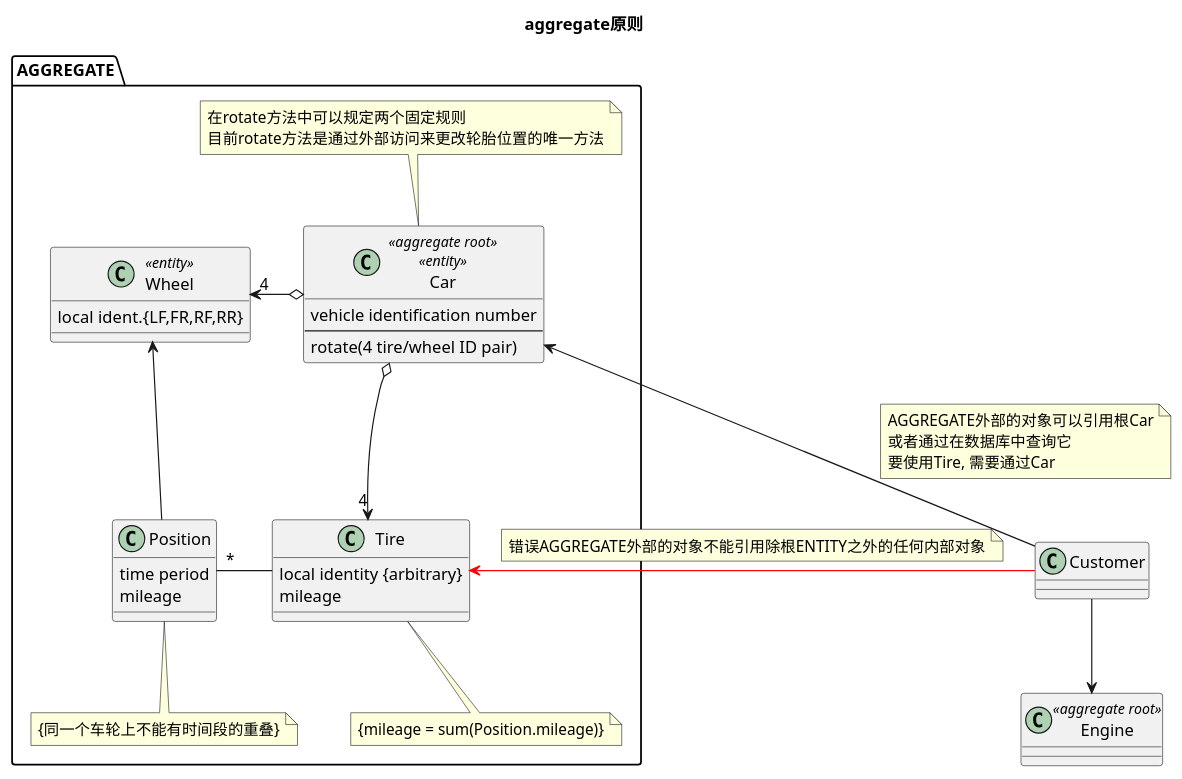
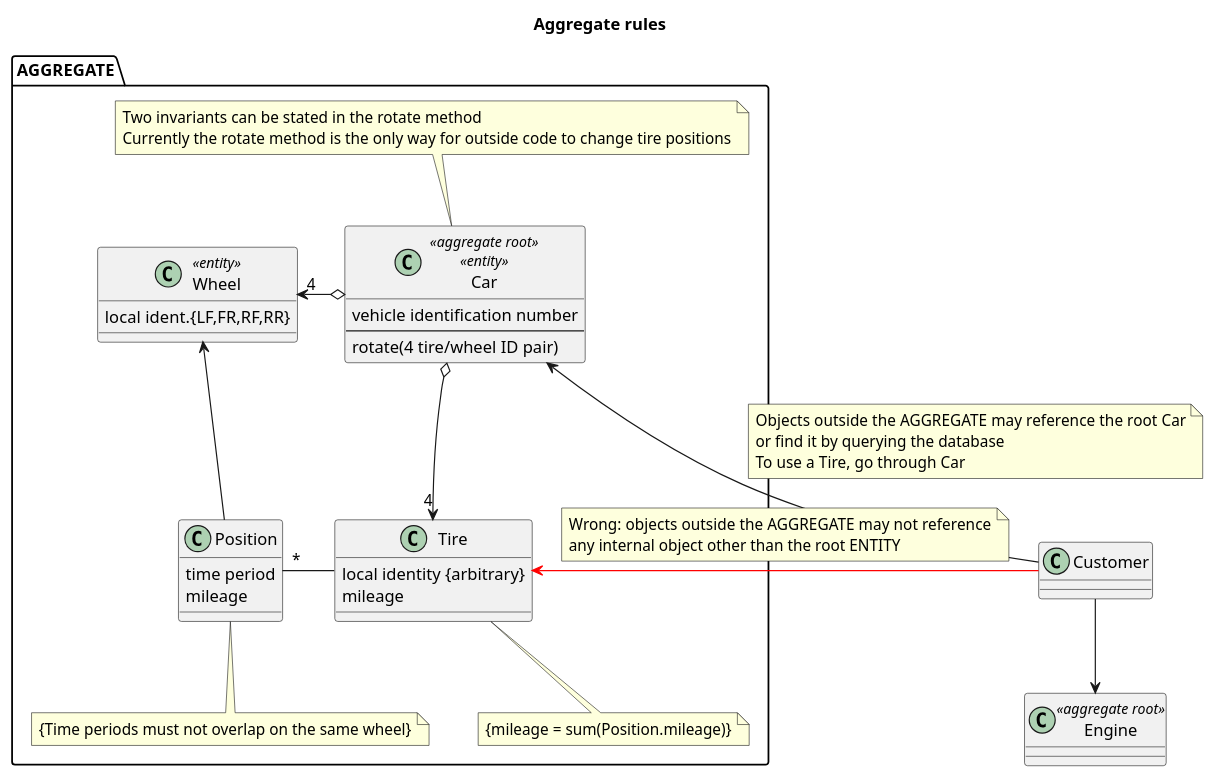
One commit to lindezhong/nvim-config changed the fourth of 19 diagrams in snippets/ddd.md. Above: the diagram before and after it, drawn with PlantUML. The commit also changed other lines of this file and 17 other files, not shown here.

````diff
--- a/snippets/ddd.md
+++ b/snippets/ddd.md
@@ -261,57 +365,58 @@
 ```plantuml
 @startuml
 allowmixing
-title aggregate原则
+title Aggregate rules
 
 package AGGREGATE {
     class Car <<aggregate root>> <<entity>> {
         vehicle identification number
         ----
         rotate(4 tire/wheel ID pair)
     }
     note top of Car
-    在rotate方法中可以规定两个固定规则
-    目前rotate方法是通过外部访问来更改轮胎位置的唯一方法
+    Two invariants can be stated in the rotate method
+    Currently the rotate method is the only way for outside code to change tire positions
     end note
-    
+
     class Tire {
         local identity {arbitrary}
         mileage
     }
     note bottom of Tire : {mileage = sum(Position.mileage)}
-    
+
     class Position {
         time period
         mileage
     }
-    note bottom of Position : {同一个车轮上不能有时间段的重叠}
+    note bottom of Position : {Time periods must not overlap on the same wheel}
 
     class Wheel <<entity>> {
         local ident.{LF,FR,RF,RR}
     }
 
 
     Car o-down-> "4" Tire
     Car o-left-> "4" Wheel
     Position "*" -right- Tire
     Position -up-> Wheel
 }
 
 class Engine <<aggregate root>> { }
 class Customer { }
 
 Customer -down-> Engine
 Customer -left-> Car
 note left on link
-AGGREGATE外部的对象可以引用根Car
-或者通过在数据库中查询它
-要使用Tire, 需要通过Car
+Objects outside the AGGREGATE may reference the root Car
+or find it by querying the database
+To use a Tire, go through Car
 end note
-Customer -right-> Tire #red 
+Customer -right-> Tire #red
 note top on link
-错误AGGREGATE外部的对象不能引用除根ENTITY之外的任何内部对象
+Wrong: objects outside the AGGREGATE may not reference
+any internal object other than the root ENTITY
 end note
 
 
 @enduml
 ```
````
